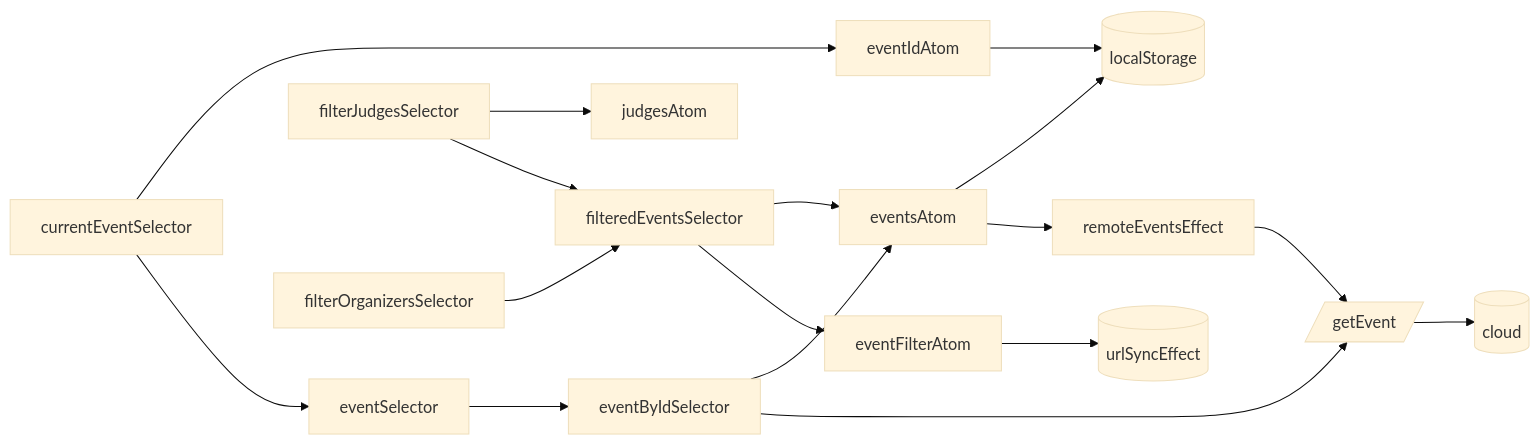
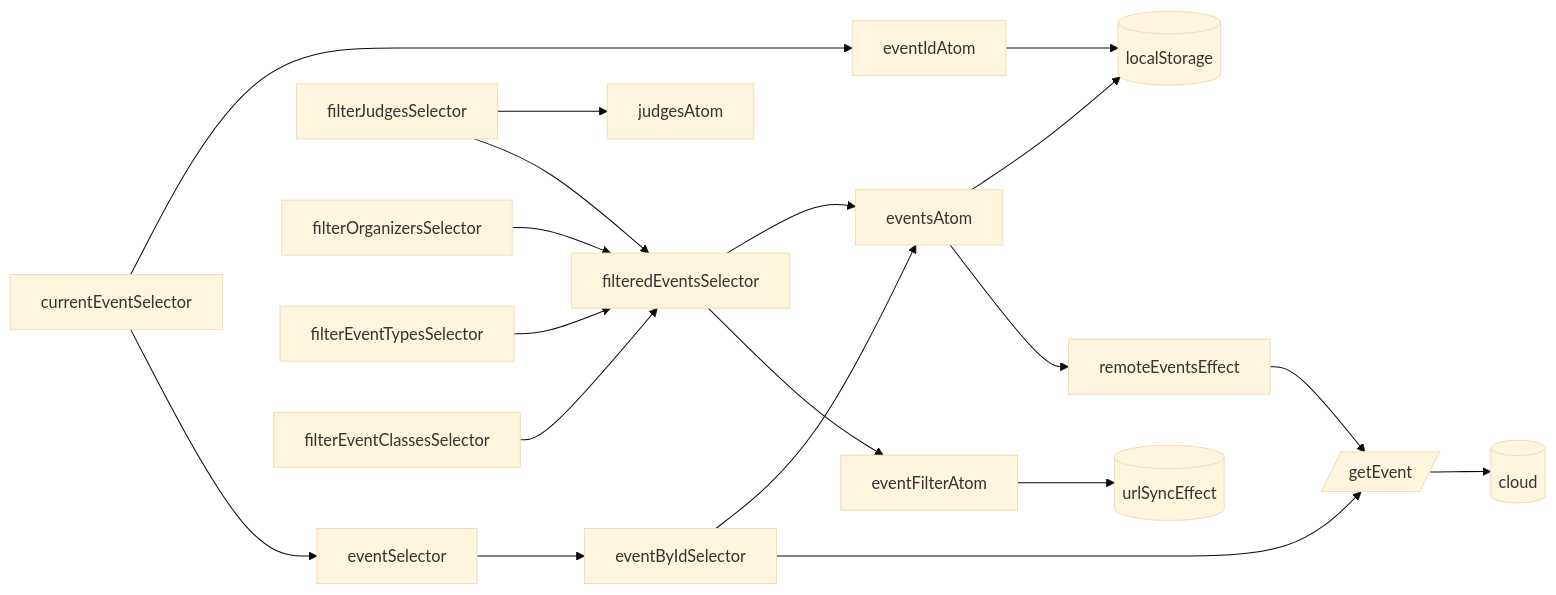
One commit to koekalenteri/koekalenteri changed the first of 4 diagrams in koekalenteri-frontend/src/pages/recoil/README.md. Above: the diagram before and after it, drawn with Mermaid (base theme). The commit also changed 5 other files, not shown here.

````diff
--- a/koekalenteri-frontend/src/pages/recoil/README.md
+++ b/koekalenteri-frontend/src/pages/recoil/README.md
@@ -7,24 +7,26 @@
 ```mermaid
 graph LR
   eventIdAtom-->storageEffect
   eventsAtom-->storageEffect
   eventsAtom-->remoteEventsEffect
   eventFilterAtom-->urlSyncEffect
 
   remoteEventsEffect-->getEvent[/getEvent/]-->aws
   storageEffect[(localStorage)]
   urlSyncEffect[(urlSyncEffect)]
 
   eventSelector-->eventByIdSelector
   eventByIdSelector-->eventsAtom
   eventByIdSelector-->getEvent
   currentEventSelector-->eventIdAtom
   currentEventSelector-->eventSelector
   filteredEventsSelector-->eventsAtom
   filteredEventsSelector-->eventFilterAtom
   filterJudgesSelector-->judgesAtom
   filterJudgesSelector-->filteredEventsSelector
   filterOrganizersSelector-->filteredEventsSelector
+  filterEventTypesSelector-->filteredEventsSelector
+  filterEventClassesSelector-->filteredEventsSelector
 
   aws[(cloud)]
 ```
````
